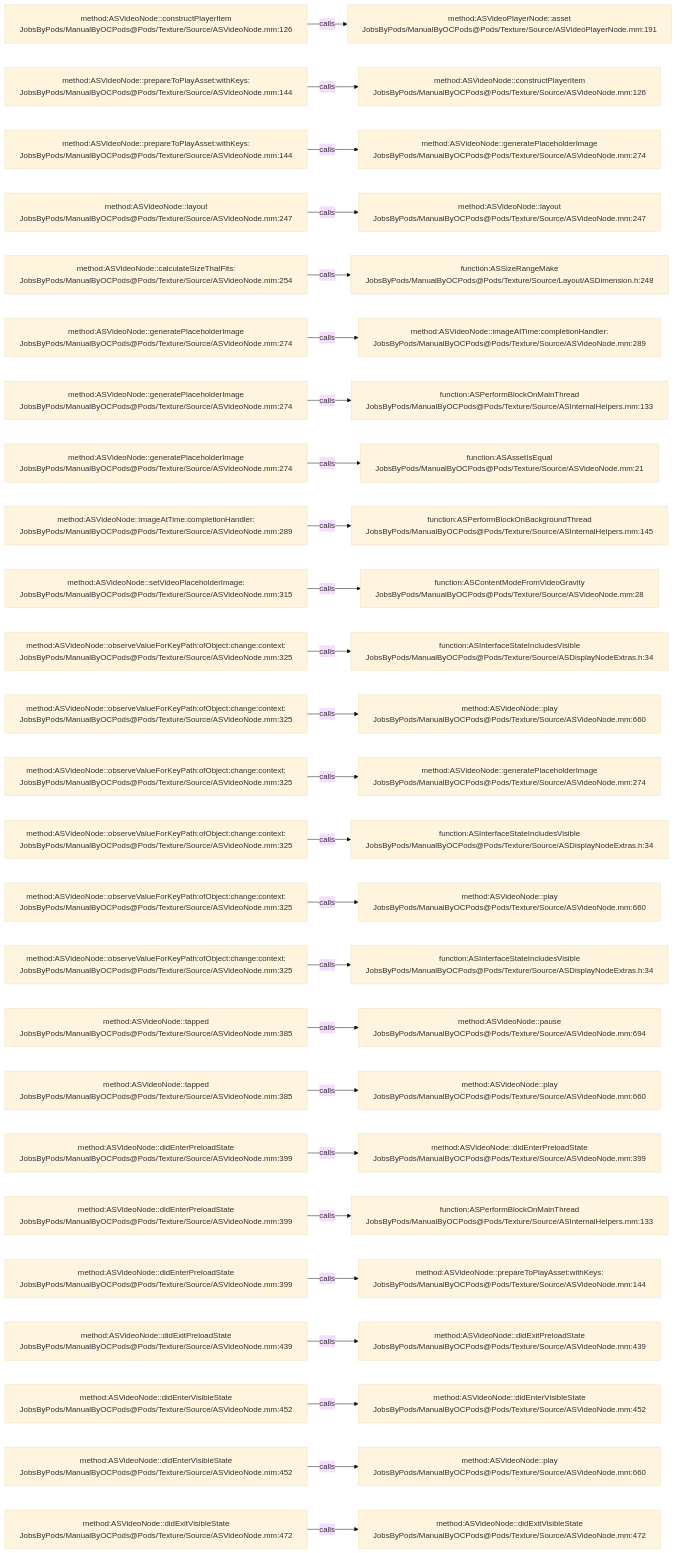
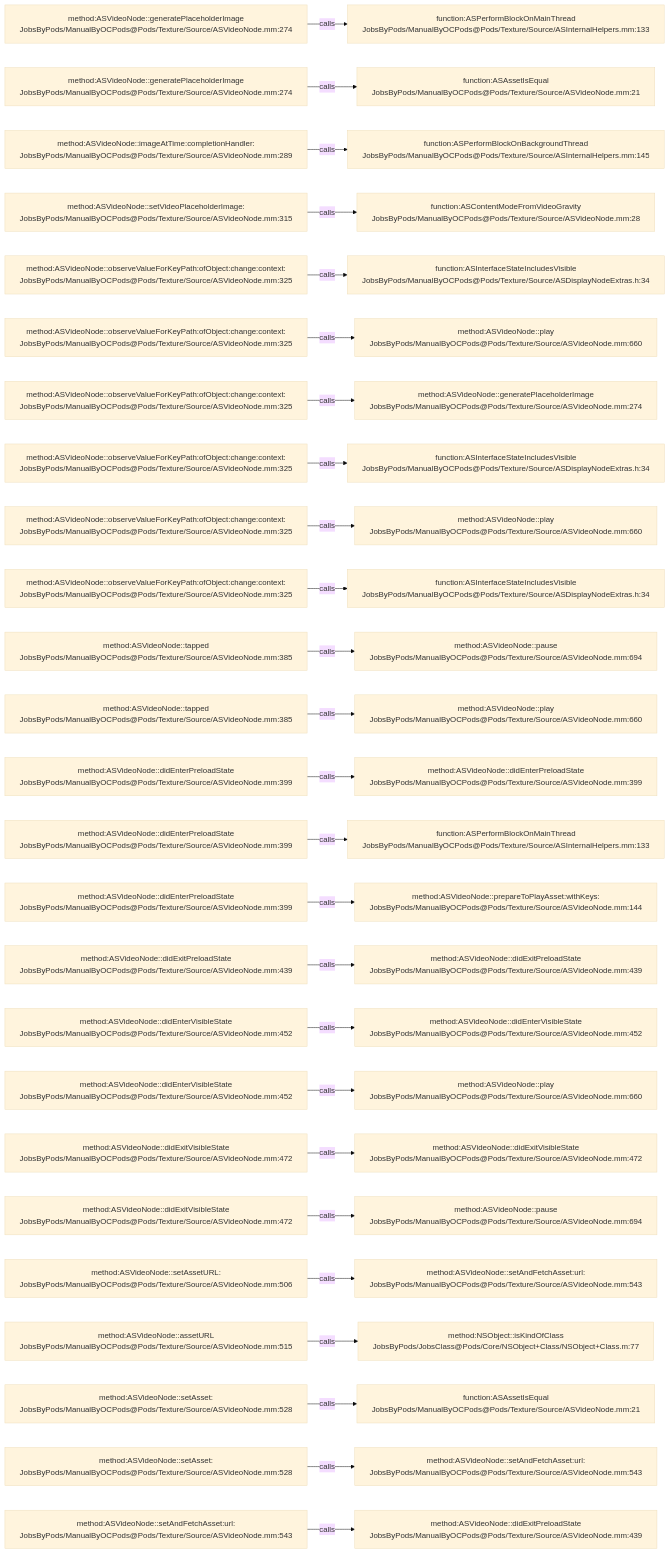
The diagram in .codegraph/codegraph.md/graphs/calls-135.md (JobsKits/JobsOCBaseConfigDemo), drawn with Mermaid (base theme) before and after one commit. The commit also changed 666 other files, not shown here.

````diff
--- a/.codegraph/codegraph.md/graphs/calls-135.md
+++ b/.codegraph/codegraph.md/graphs/calls-135.md
@@ -13,78 +13,78 @@
 ```mermaid
 flowchart LR
-  S1["method:ASVideoNode::constructPlayerItem<br/>JobsByPods/ManualByOCPods@Pods/Texture/Source/ASVideoNode.mm:126"]
-  T1["method:ASVideoPlayerNode::asset<br/>JobsByPods/ManualByOCPods@Pods/Texture/Source/ASVideoPlayerNode.mm:191"]
+  S1["method:ASVideoNode::generatePlaceholderImage<br/>JobsByPods/ManualByOCPods@Pods/Texture/Source/ASVideoNode.mm:274"]
+  T1["function:ASPerformBlockOnMainThread<br/>JobsByPods/ManualByOCPods@Pods/Texture/Source/ASInternalHelpers.mm:133"]
   S1 -->|calls| T1
-  S2["method:ASVideoNode::prepareToPlayAsset:withKeys:<br/>JobsByPods/ManualByOCPods@Pods/Texture/Source/ASVideoNode.mm:144"]
-  T2["method:ASVideoNode::constructPlayerItem<br/>JobsByPods/ManualByOCPods@Pods/Texture/Source/ASVideoNode.mm:126"]
+  S2["method:ASVideoNode::generatePlaceholderImage<br/>JobsByPods/ManualByOCPods@Pods/Texture/Source/ASVideoNode.mm:274"]
+  T2["function:ASAssetIsEqual<br/>JobsByPods/ManualByOCPods@Pods/Texture/Source/ASVideoNode.mm:21"]
   S2 -->|calls| T2
-  S3["method:ASVideoNode::prepareToPlayAsset:withKeys:<br/>JobsByPods/ManualByOCPods@Pods/Texture/Source/ASVideoNode.mm:144"]
-  T3["method:ASVideoNode::generatePlaceholderImage<br/>JobsByPods/ManualByOCPods@Pods/Texture/Source/ASVideoNode.mm:274"]
+  S3["method:ASVideoNode::imageAtTime:completionHandler:<br/>JobsByPods/ManualByOCPods@Pods/Texture/Source/ASVideoNode.mm:289"]
+  T3["function:ASPerformBlockOnBackgroundThread<br/>JobsByPods/ManualByOCPods@Pods/Texture/Source/ASInternalHelpers.mm:145"]
   S3 -->|calls| T3
-  S4["method:ASVideoNode::layout<br/>JobsByPods/ManualByOCPods@Pods/Texture/Source/ASVideoNode.mm:247"]
-  T4["method:ASVideoNode::layout<br/>JobsByPods/ManualByOCPods@Pods/Texture/Source/ASVideoNode.mm:247"]
+  S4["method:ASVideoNode::setVideoPlaceholderImage:<br/>JobsByPods/ManualByOCPods@Pods/Texture/Source/ASVideoNode.mm:315"]
+  T4["function:ASContentModeFromVideoGravity<br/>JobsByPods/ManualByOCPods@Pods/Texture/Source/ASVideoNode.mm:28"]
   S4 -->|calls| T4
-  S5["method:ASVideoNode::calculateSizeThatFits:<br/>JobsByPods/ManualByOCPods@Pods/Texture/Source/ASVideoNode.mm:254"]
-  T5["function:ASSizeRangeMake<br/>JobsByPods/ManualByOCPods@Pods/Texture/Source/Layout/ASDimension.h:248"]
+  S5["method:ASVideoNode::observeValueForKeyPath:ofObject:change:context:<br/>JobsByPods/ManualByOCPods@Pods/Texture/Source/ASVideoNode.mm:325"]
+  T5["function:ASInterfaceStateIncludesVisible<br/>JobsByPods/ManualByOCPods@Pods/Texture/Source/ASDisplayNodeExtras.h:34"]
   S5 -->|calls| T5
-  S6["method:ASVideoNode::generatePlaceholderImage<br/>JobsByPods/ManualByOCPods@Pods/Texture/Source/ASVideoNode.mm:274"]
-  T6["method:ASVideoNode::imageAtTime:completionHandler:<br/>JobsByPods/ManualByOCPods@Pods/Texture/Source/ASVideoNode.mm:289"]
+  S6["method:ASVideoNode::observeValueForKeyPath:ofObject:change:context:<br/>JobsByPods/ManualByOCPods@Pods/Texture/Source/ASVideoNode.mm:325"]
+  T6["method:ASVideoNode::play<br/>JobsByPods/ManualByOCPods@Pods/Texture/Source/ASVideoNode.mm:660"]
   S6 -->|calls| T6
-  S7["method:ASVideoNode::generatePlaceholderImage<br/>JobsByPods/ManualByOCPods@Pods/Texture/Source/ASVideoNode.mm:274"]
-  T7["function:ASPerformBlockOnMainThread<br/>JobsByPods/ManualByOCPods@Pods/Texture/Source/ASInternalHelpers.mm:133"]
+  S7["method:ASVideoNode::observeValueForKeyPath:ofObject:change:context:<br/>JobsByPods/ManualByOCPods@Pods/Texture/Source/ASVideoNode.mm:325"]
+  T7["method:ASVideoNode::generatePlaceholderImage<br/>JobsByPods/ManualByOCPods@Pods/Texture/Source/ASVideoNode.mm:274"]
   S7 -->|calls| T7
-  S8["method:ASVideoNode::generatePlaceholderImage<br/>JobsByPods/ManualByOCPods@Pods/Texture/Source/ASVideoNode.mm:274"]
-  T8["function:ASAssetIsEqual<br/>JobsByPods/ManualByOCPods@Pods/Texture/Source/ASVideoNode.mm:21"]
+  S8["method:ASVideoNode::observeValueForKeyPath:ofObject:change:context:<br/>JobsByPods/ManualByOCPods@Pods/Texture/Source/ASVideoNode.mm:325"]
+  T8["function:ASInterfaceStateIncludesVisible<br/>JobsByPods/ManualByOCPods@Pods/Texture/Source/ASDisplayNodeExtras.h:34"]
   S8 -->|calls| T8
-  S9["method:ASVideoNode::imageAtTime:completionHandler:<br/>JobsByPods/ManualByOCPods@Pods/Texture/Source/ASVideoNode.mm:289"]
-  T9["function:ASPerformBlockOnBackgroundThread<br/>JobsByPods/ManualByOCPods@Pods/Texture/Source/ASInternalHelpers.mm:145"]
+  S9["method:ASVideoNode::observeValueForKeyPath:ofObject:change:context:<br/>JobsByPods/ManualByOCPods@Pods/Texture/Source/ASVideoNode.mm:325"]
+  T9["method:ASVideoNode::play<br/>JobsByPods/ManualByOCPods@Pods/Texture/Source/ASVideoNode.mm:660"]
   S9 -->|calls| T9
-  S10["method:ASVideoNode::setVideoPlaceholderImage:<br/>JobsByPods/ManualByOCPods@Pods/Texture/Source/ASVideoNode.mm:315"]
-  T10["function:ASContentModeFromVideoGravity<br/>JobsByPods/ManualByOCPods@Pods/Texture/Source/ASVideoNode.mm:28"]
+  S10["method:ASVideoNode::observeValueForKeyPath:ofObject:change:context:<br/>JobsByPods/ManualByOCPods@Pods/Texture/Source/ASVideoNode.mm:325"]
+  T10["function:ASInterfaceStateIncludesVisible<br/>JobsByPods/ManualByOCPods@Pods/Texture/Source/ASDisplayNodeExtras.h:34"]
   S10 -->|calls| T10
-  S11["method:ASVideoNode::observeValueForKeyPath:ofObject:change:context:<br/>JobsByPods/ManualByOCPods@Pods/Texture/Source/ASVideoNode.mm:325"]
-  T11["function:ASInterfaceStateIncludesVisible<br/>JobsByPods/ManualByOCPods@Pods/Texture/Source/ASDisplayNodeExtras.h:34"]
+  S11["method:ASVideoNode::tapped<br/>JobsByPods/ManualByOCPods@Pods/Texture/Source/ASVideoNode.mm:385"]
+  T11["method:ASVideoNode::pause<br/>JobsByPods/ManualByOCPods@Pods/Texture/Source/ASVideoNode.mm:694"]
   S11 -->|calls| T11
-  S12["method:ASVideoNode::observeValueForKeyPath:ofObject:change:context:<br/>JobsByPods/ManualByOCPods@Pods/Texture/Source/ASVideoNode.mm:325"]
+  S12["method:ASVideoNode::tapped<br/>JobsByPods/ManualByOCPods@Pods/Texture/Source/ASVideoNode.mm:385"]
   T12["method:ASVideoNode::play<br/>JobsByPods/ManualByOCPods@Pods/Texture/Source/ASVideoNode.mm:660"]
   S12 -->|calls| T12
-  S13["method:ASVideoNode::observeValueForKeyPath:ofObject:change:context:<br/>JobsByPods/ManualByOCPods@Pods/Texture/Source/ASVideoNode.mm:325"]
-  T13["method:ASVideoNode::generatePlaceholderImage<br/>JobsByPods/ManualByOCPods@Pods/Texture/Source/ASVideoNode.mm:274"]
+  S13["method:ASVideoNode::didEnterPreloadState<br/>JobsByPods/ManualByOCPods@Pods/Texture/Source/ASVideoNode.mm:399"]
+  T13["method:ASVideoNode::didEnterPreloadState<br/>JobsByPods/ManualByOCPods@Pods/Texture/Source/ASVideoNode.mm:399"]
   S13 -->|calls| T13
-  S14["method:ASVideoNode::observeValueForKeyPath:ofObject:change:context:<br/>JobsByPods/ManualByOCPods@Pods/Texture/Source/ASVideoNode.mm:325"]
-  T14["function:ASInterfaceStateIncludesVisible<br/>JobsByPods/ManualByOCPods@Pods/Texture/Source/ASDisplayNodeExtras.h:34"]
+  S14["method:ASVideoNode::didEnterPreloadState<br/>JobsByPods/ManualByOCPods@Pods/Texture/Source/ASVideoNode.mm:399"]
+  T14["function:ASPerformBlockOnMainThread<br/>JobsByPods/ManualByOCPods@Pods/Texture/Source/ASInternalHelpers.mm:133"]
   S14 -->|calls| T14
-  S15["method:ASVideoNode::observeValueForKeyPath:ofObject:change:context:<br/>JobsByPods/ManualByOCPods@Pods/Texture/Source/ASVideoNode.mm:325"]
-  T15["method:ASVideoNode::play<br/>JobsByPods/ManualByOCPods@Pods/Texture/Source/ASVideoNode.mm:660"]
+  S15["method:ASVideoNode::didEnterPreloadState<br/>JobsByPods/ManualByOCPods@Pods/Texture/Source/ASVideoNode.mm:399"]
+  T15["method:ASVideoNode::prepareToPlayAsset:withKeys:<br/>JobsByPods/ManualByOCPods@Pods/Texture/Source/ASVideoNode.mm:144"]
   S15 -->|calls| T15
-  S16["method:ASVideoNode::observeValueForKeyPath:ofObject:change:context:<br/>JobsByPods/ManualByOCPods@Pods/Texture/Source/ASVideoNode.mm:325"]
-  T16["function:ASInterfaceStateIncludesVisible<br/>JobsByPods/ManualByOCPods@Pods/Texture/Source/ASDisplayNodeExtras.h:34"]
+  S16["method:ASVideoNode::didExitPreloadState<br/>JobsByPods/ManualByOCPods@Pods/Texture/Source/ASVideoNode.mm:439"]
+  T16["method:ASVideoNode::didExitPreloadState<br/>JobsByPods/ManualByOCPods@Pods/Texture/Source/ASVideoNode.mm:439"]
   S16 -->|calls| T16
-  S17["method:ASVideoNode::tapped<br/>JobsByPods/ManualByOCPods@Pods/Texture/Source/ASVideoNode.mm:385"]
-  T17["method:ASVideoNode::pause<br/>JobsByPods/ManualByOCPods@Pods/Texture/Source/ASVideoNode.mm:694"]
+  S17["method:ASVideoNode::didEnterVisibleState<br/>JobsByPods/ManualByOCPods@Pods/Texture/Source/ASVideoNode.mm:452"]
+  T17["method:ASVideoNode::didEnterVisibleState<br/>JobsByPods/ManualByOCPods@Pods/Texture/Source/ASVideoNode.mm:452"]
   S17 -->|calls| T17
-  S18["method:ASVideoNode::tapped<br/>JobsByPods/ManualByOCPods@Pods/Texture/Source/ASVideoNode.mm:385"]
+  S18["method:ASVideoNode::didEnterVisibleState<br/>JobsByPods/ManualByOCPods@Pods/Texture/Source/ASVideoNode.mm:452"]
   T18["method:ASVideoNode::play<br/>JobsByPods/ManualByOCPods@Pods/Texture/Source/ASVideoNode.mm:660"]
   S18 -->|calls| T18
-  S19["method:ASVideoNode::didEnterPreloadState<br/>JobsByPods/ManualByOCPods@Pods/Texture/Source/ASVideoNode.mm:399"]
-  T19["method:ASVideoNode::didEnterPreloadState<br/>JobsByPods/ManualByOCPods@Pods/Texture/Source/ASVideoNode.mm:399"]
+  S19["method:ASVideoNode::didExitVisibleState<br/>JobsByPods/ManualByOCPods@Pods/Texture/Source/ASVideoNode.mm:472"]
+  T19["method:ASVideoNode::didExitVisibleState<br/>JobsByPods/ManualByOCPods@Pods/Texture/Source/ASVideoNode.mm:472"]
   S19 -->|calls| T19
-  S20["method:ASVideoNode::didEnterPreloadState<br/>JobsByPods/ManualByOCPods@Pods/Texture/Source/ASVideoNode.mm:399"]
-  T20["function:ASPerformBlockOnMainThread<br/>JobsByPods/ManualByOCPods@Pods/Texture/Source/ASInternalHelpers.mm:133"]
+  S20["method:ASVideoNode::didExitVisibleState<br/>JobsByPods/ManualByOCPods@Pods/Texture/Source/ASVideoNode.mm:472"]
+  T20["method:ASVideoNode::pause<br/>JobsByPods/ManualByOCPods@Pods/Texture/Source/ASVideoNode.mm:694"]
   S20 -->|calls| T20
-  S21["method:ASVideoNode::didEnterPreloadState<br/>JobsByPods/ManualByOCPods@Pods/Texture/Source/ASVideoNode.mm:399"]
-  T21["method:ASVideoNode::prepareToPlayAsset:withKeys:<br/>JobsByPods/ManualByOCPods@Pods/Texture/Source/ASVideoNode.mm:144"]
+  S21["method:ASVideoNode::setAssetURL:<br/>JobsByPods/ManualByOCPods@Pods/Texture/Source/ASVideoNode.mm:506"]
+  T21["method:ASVideoNode::setAndFetchAsset:url:<br/>JobsByPods/ManualByOCPods@Pods/Texture/Source/ASVideoNode.mm:543"]
   S21 -->|calls| T21
-  S22["method:ASVideoNode::didExitPreloadState<br/>JobsByPods/ManualByOCPods@Pods/Texture/Source/ASVideoNode.mm:439"]
-  T22["method:ASVideoNode::didExitPreloadState<br/>JobsByPods/ManualByOCPods@Pods/Texture/Source/ASVideoNode.mm:439"]
+  S22["method:ASVideoNode::assetURL<br/>JobsByPods/ManualByOCPods@Pods/Texture/Source/ASVideoNode.mm:515"]
+  T22["method:NSObject::isKindOfClass<br/>JobsByPods/JobsClass@Pods/Core/NSObject+Class/NSObject+Class.m:77"]
   S22 -->|calls| T22
-  S23["method:ASVideoNode::didEnterVisibleState<br/>JobsByPods/ManualByOCPods@Pods/Texture/Source/ASVideoNode.mm:452"]
-  T23["method:ASVideoNode::didEnterVisibleState<br/>JobsByPods/ManualByOCPods@Pods/Texture/Source/ASVideoNode.mm:452"]
+  S23["method:ASVideoNode::setAsset:<br/>JobsByPods/ManualByOCPods@Pods/Texture/Source/ASVideoNode.mm:528"]
+  T23["function:ASAssetIsEqual<br/>JobsByPods/ManualByOCPods@Pods/Texture/Source/ASVideoNode.mm:21"]
   S23 -->|calls| T23
-  S24["method:ASVideoNode::didEnterVisibleState<br/>JobsByPods/ManualByOCPods@Pods/Texture/Source/ASVideoNode.mm:452"]
-  T24["method:ASVideoNode::play<br/>JobsByPods/ManualByOCPods@Pods/Texture/Source/ASVideoNode.mm:660"]
+  S24["method:ASVideoNode::setAsset:<br/>JobsByPods/ManualByOCPods@Pods/Texture/Source/ASVideoNode.mm:528"]
+  T24["method:ASVideoNode::setAndFetchAsset:url:<br/>JobsByPods/ManualByOCPods@Pods/Texture/Source/ASVideoNode.mm:543"]
   S24 -->|calls| T24
-  S25["method:ASVideoNode::didExitVisibleState<br/>JobsByPods/ManualByOCPods@Pods/Texture/Source/ASVideoNode.mm:472"]
-  T25["method:ASVideoNode::didExitVisibleState<br/>JobsByPods/ManualByOCPods@Pods/Texture/Source/ASVideoNode.mm:472"]
+  S25["method:ASVideoNode::setAndFetchAsset:url:<br/>JobsByPods/ManualByOCPods@Pods/Texture/Source/ASVideoNode.mm:543"]
+  T25["method:ASVideoNode::didExitPreloadState<br/>JobsByPods/ManualByOCPods@Pods/Texture/Source/ASVideoNode.mm:439"]
   S25 -->|calls| T25
 ```
````
